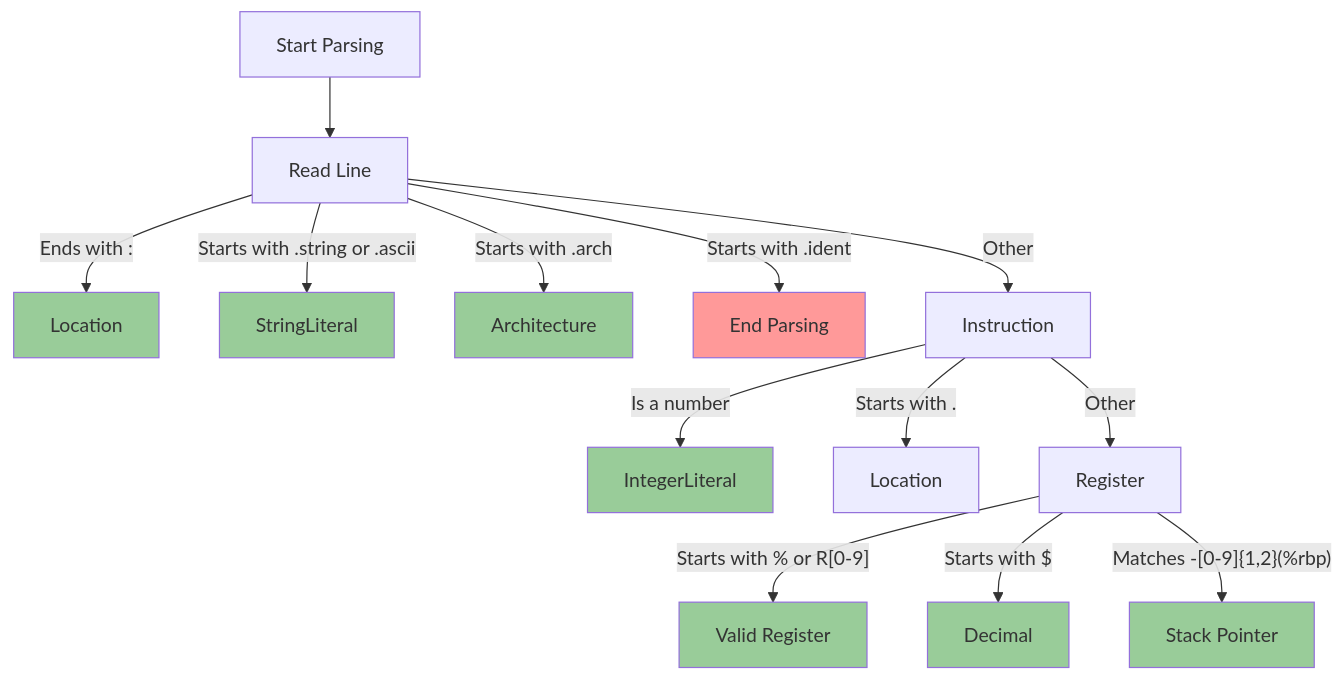
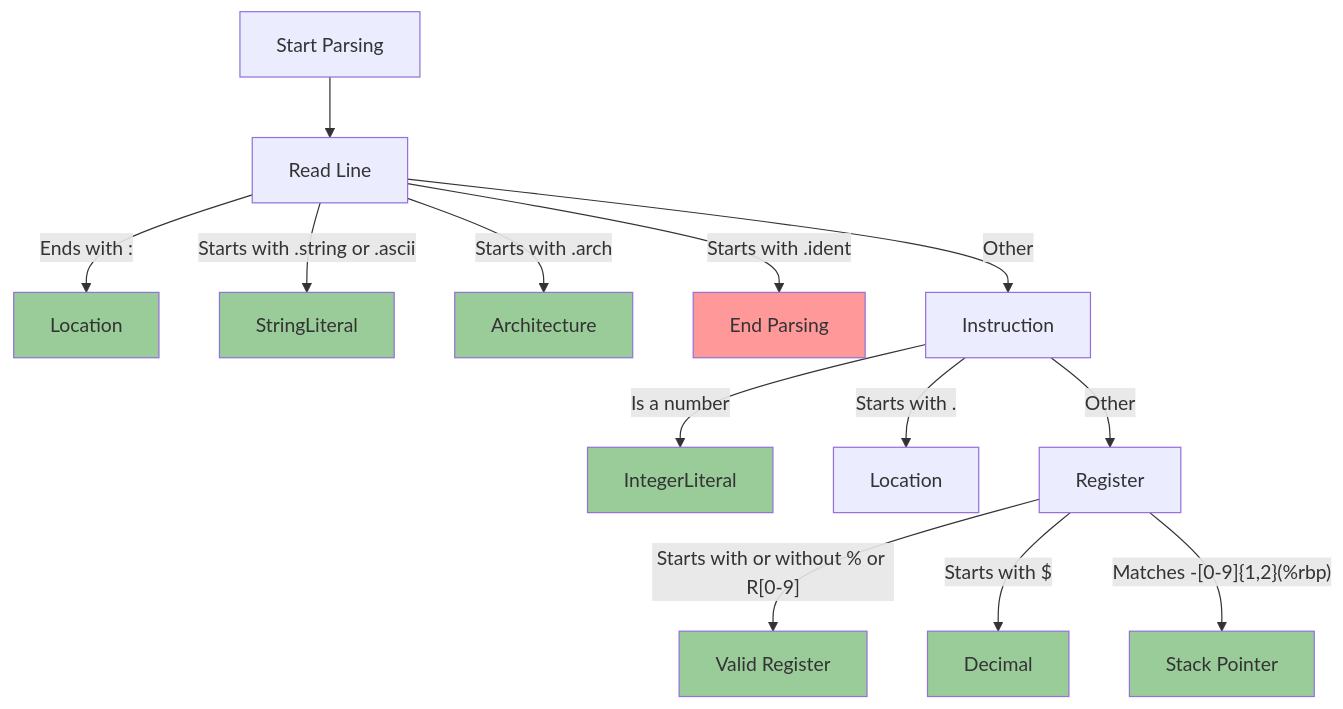
The second of 2 diagrams in docs/developer_notes/parser.md (UCdasec/FaultArm), drawn with Mermaid before and after one commit.

````diff
--- a/docs/developer_notes/parser.md
+++ b/docs/developer_notes/parser.md
@@ -70,23 +70,23 @@
 ```mermaid
 graph TB
   Start["Start Parsing"] --> Line["Read Line"]
   Line -- "Ends with :" --> Location["Location"]
   Line -- "Starts with .string or .ascii" --> StringLiteral["StringLiteral"]
   Line -- "Starts with .arch" --> Arch["Architecture"]
   Line -- "Starts with .ident" --> End["End Parsing"]
   Line -- "Other" --> Instruction["Instruction"]
   Instruction -- "Is a number" --> IntegerLiteral["IntegerLiteral"]
   Instruction -- "Starts with ." --> LocationInst["Location"]
   Instruction -- "Other" --> Register["Register"]
-  Register -- "Starts with % or R[0-9]" --> RegisterValid["Valid Register"]
+  Register -- "Starts with or without % or R[0-9]" --> RegisterValid["Valid Register"]
   Register -- "Starts with $" --> Decimal["Decimal"]
   Register -- "Matches -[0-9]{1,2}(%rbp)" --> StackPointer["Stack Pointer"]
   style Location fill:#99cc99
   style StringLiteral fill:#99cc99
   style Arch fill:#99cc99
   style IntegerLiteral fill:#99cc99
   style RegisterValid fill:#99cc99
   style Decimal fill:#99cc99
   style StackPointer fill:#99cc99
   style End fill:#ff9999
 ```
````
